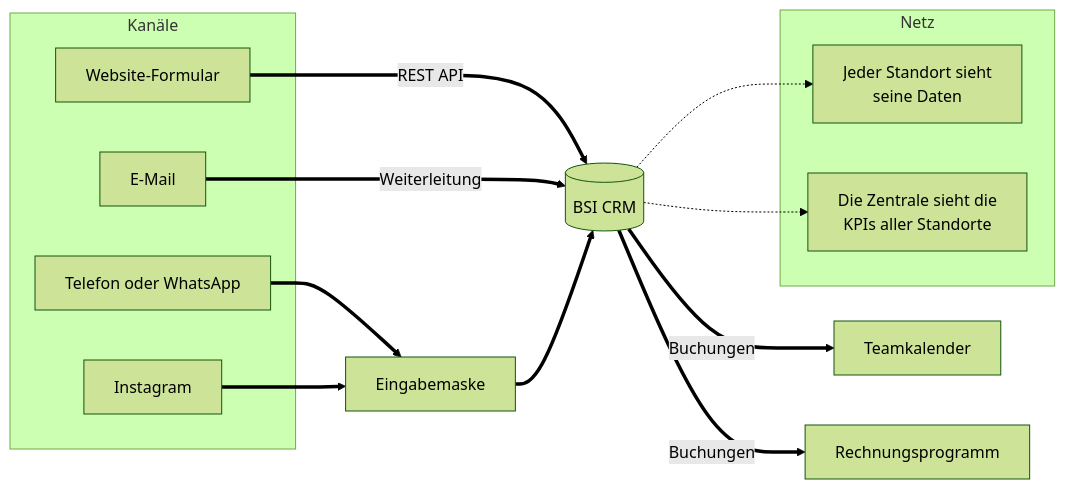
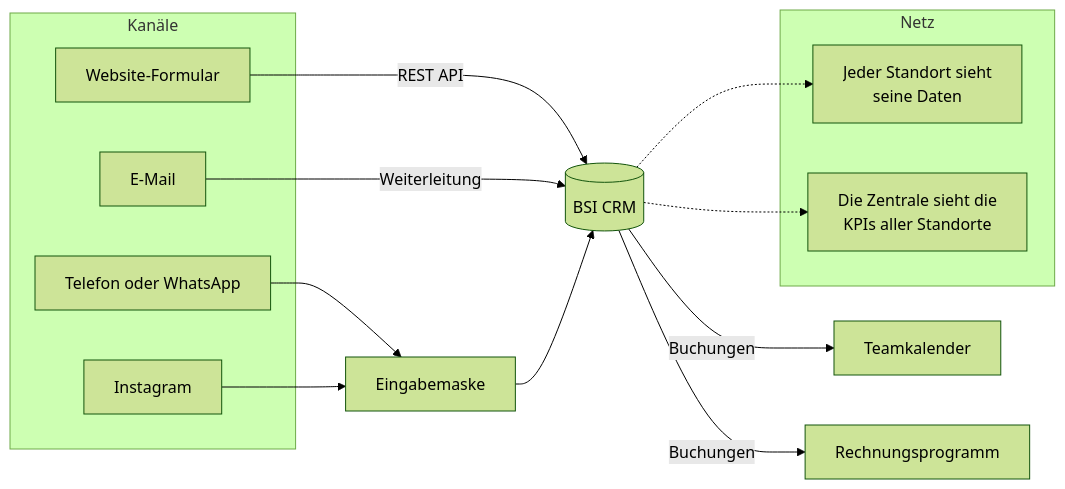
The diagram in diagrams/integration.mmd (abdallahaneed/crm-fachkonzept), drawn with Mermaid (forest theme) before and after one commit. The commit also changed 10 other files, not shown here.

Commit message:
Diagramme: Standardpfeile, Prozess quer, Render-Skript

```diff
--- a/diagrams/integration.mmd
+++ b/diagrams/integration.mmd
@@ -1,20 +1,20 @@
 flowchart LR
   subgraph Kanäle
     F[Website-Formular]
     M[E-Mail]
     T[Telefon oder WhatsApp]
     I[Instagram]
   end
-  F ==>|REST API| CRM[(BSI CRM)]
-  M ==>|Weiterleitung| CRM
-  T ==> EM[Eingabemaske]
-  I ==> EM
-  EM ==> CRM
-  CRM ==>|Buchungen| K[Teamkalender]
-  CRM ==>|Buchungen| R[Rechnungsprogramm]
+  F -->|REST API| CRM[(BSI CRM)]
+  M -->|Weiterleitung| CRM
+  T --> EM[Eingabemaske]
+  I --> EM
+  EM --> CRM
+  CRM -->|Buchungen| K[Teamkalender]
+  CRM -->|Buchungen| R[Rechnungsprogramm]
   subgraph Netz
     S[Jeder Standort sieht<br/>seine Daten]
     Z[Die Zentrale sieht die<br/>KPIs aller Standorte]
   end
   CRM -.-> S
   CRM -.-> Z
```
